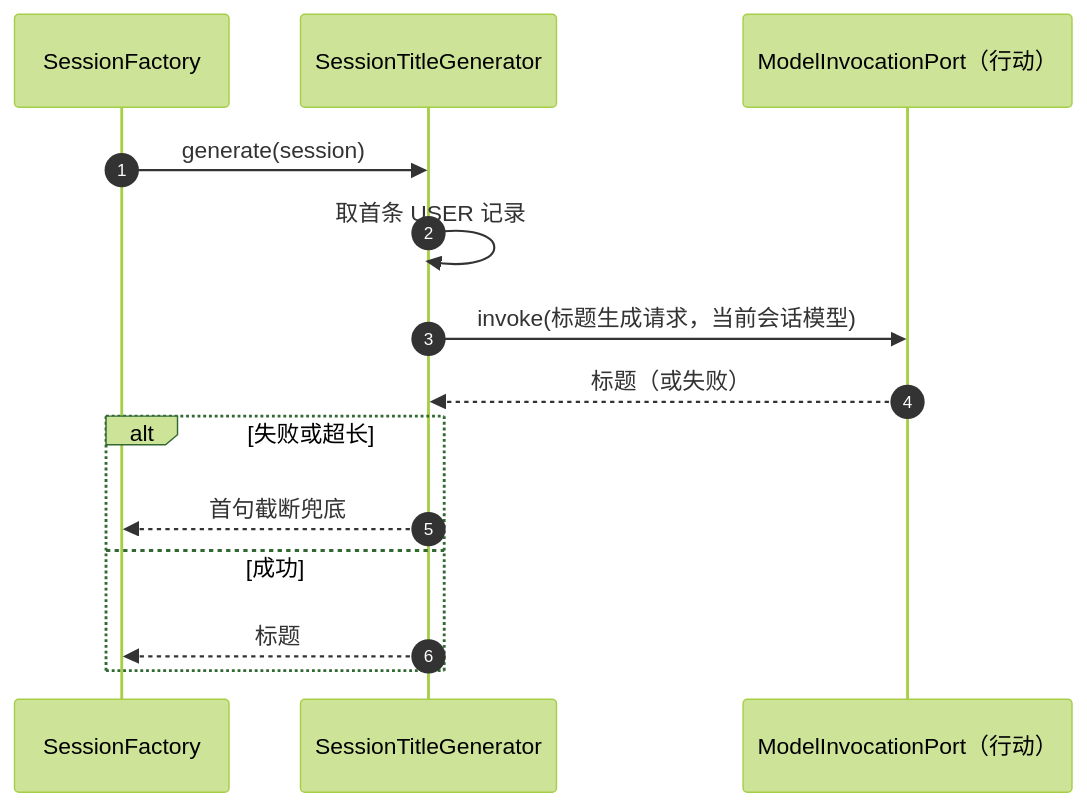
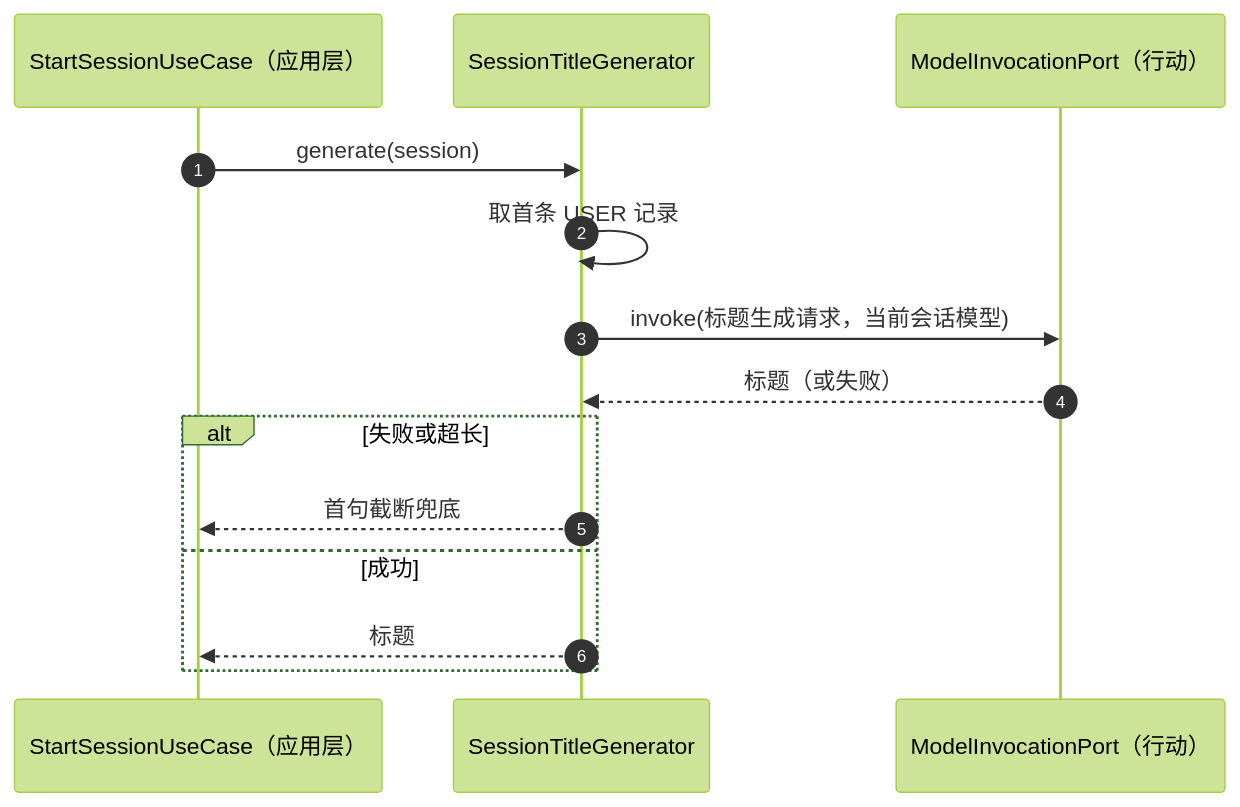
One commit to zcd0831/Jellyfish-Docs changed the fifth of 6 diagrams in model/模块-感知.md. Above: the diagram before and after it, drawn with Mermaid (forest theme). The commit also changed other lines of this file and 9 other files, not shown here.

````diff
--- a/model/模块-感知.md
+++ b/model/模块-感知.md
@@ -476,17 +456,17 @@
 ```mermaid
 sequenceDiagram
     autonumber
-    participant SF as SessionFactory
+    participant SF as StartSessionUseCase（应用层）
     participant TG as SessionTitleGenerator
     participant PORT as ModelInvocationPort（行动）
 
     SF->>TG: generate(session)
     TG->>TG: 取首条 USER 记录
     TG->>PORT: invoke(标题生成请求，当前会话模型)
     PORT-->>TG: 标题（或失败）
     alt 失败或超长
         TG-->>SF: 首句截断兜底
     else 成功
         TG-->>SF: 标题
     end
 ```
````
